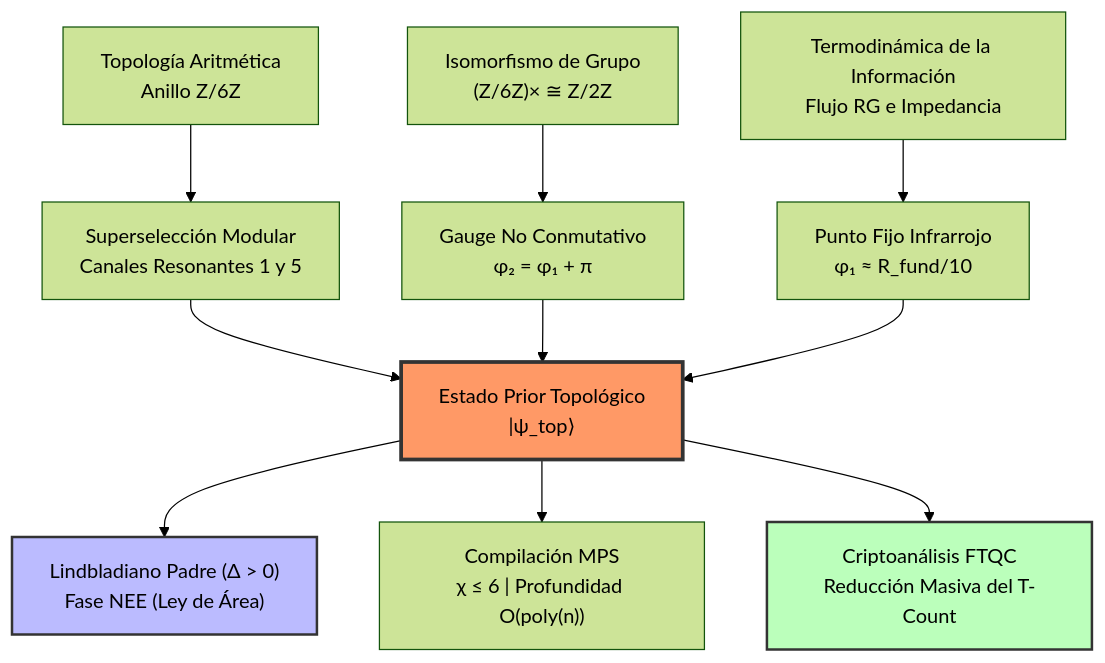
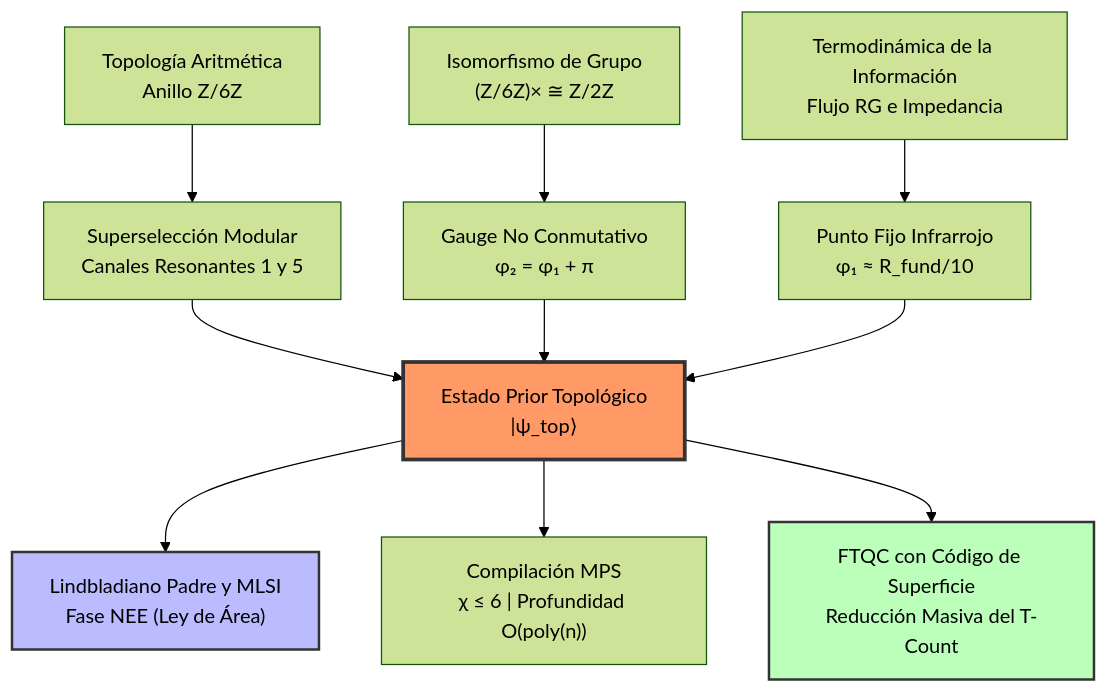
One commit to NachoPeinador/Phase-Pi-Quantum-Prior changed the diagram in README_es.md. Above: the diagram before and after it, drawn with Mermaid (forest theme). The commit also changed other lines of this file, not shown here.

`````diff
--- a/README_es.md
+++ b/README_es.md
@@ -40,18 +40,18 @@
 ```mermaid
 graph TD
     A["Topología Aritmética<br>Anillo Z/6Z"] --> B["Superselección Modular<br>Canales Resonantes 1 y 5"]
     C["Isomorfismo de Grupo<br>(Z/6Z)× ≅ Z/2Z"] --> D["Gauge No Conmutativo<br>φ₂ = φ₁ + π"]
     E["Termodinámica de la Información<br>Flujo RG e Impedancia"] --> F["Punto Fijo Infrarrojo<br>φ₁ ≈ R_fund/10"]
     
     B --> H["Estado Prior Topológico<br>|ψ_top⟩"]
     D --> H
     F --> H
     
-    H --> NEE["Lindbladiano Padre (Δ > 0)<br>Fase NEE (Ley de Área)"]
+    H --> NEE["Lindbladiano Padre y MLSI<br>Fase NEE (Ley de Área)"]
     H --> MPS["Compilación MPS<br>χ ≤ 6 | Profundidad O(poly(n))"]
-    H --> CRYP["Criptoanálisis FTQC<br>Reducción Masiva del T-Count"]
+    H --> CRYP["FTQC con Código de Superficie<br>Reducción Masiva del T-Count"]
 
     style H fill:#f96,stroke:#333,stroke-width:3px
     style NEE fill:#bbf,stroke:#333,stroke-width:2px
     style CRYP fill:#bfb,stroke:#333,stroke-width:2px
 ````
`````
